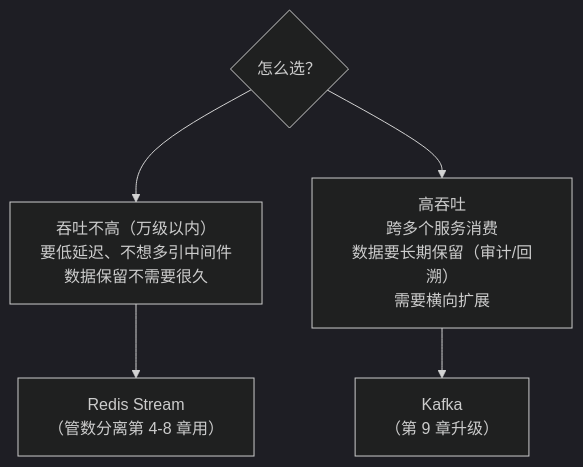
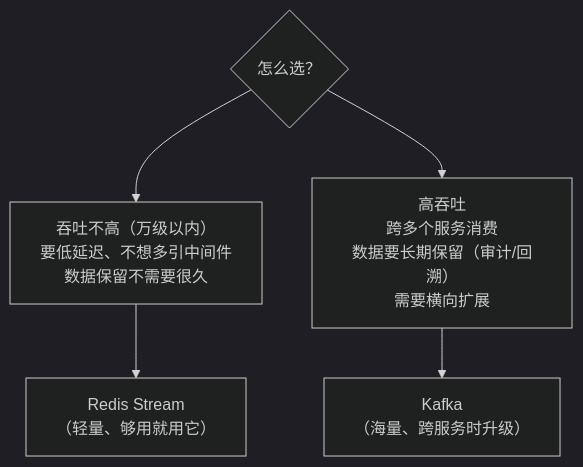
The fourth of 5 diagrams in docs/附录/Redis专题/01-Redis-Streams与PubSub实战.md (UranusGit/java-agent-learn), drawn with Mermaid (dark theme) before and after one commit. The commit also changed other lines of this file and 184 other files, not shown here.

````diff
--- a/docs/附录/Redis专题/01-Redis-Streams与PubSub实战.md
+++ b/docs/附录/Redis专题/01-Redis-Streams与PubSub实战.md
@@ -350,7 +350,7 @@
 ```mermaid
 flowchart TD
     Q{"怎么选？"} --> A["吞吐不高（万级以内）<br/>要低延迟、不想多引中间件<br/>数据保留不需要很久"]
     Q --> B["高吞吐<br/>跨多个服务消费<br/>数据要长期保留（审计/回溯）<br/>需要横向扩展"]
-    A --> R["Redis Stream<br/>（管数分离第 4-8 章用）"]
-    B --> K["Kafka<br/>（第 9 章升级）"]
+    A --> R["Redis Stream<br/>（轻量、够用就用它）"]
+    B --> K["Kafka<br/>（海量、跨服务时升级）"]
 ```
````
